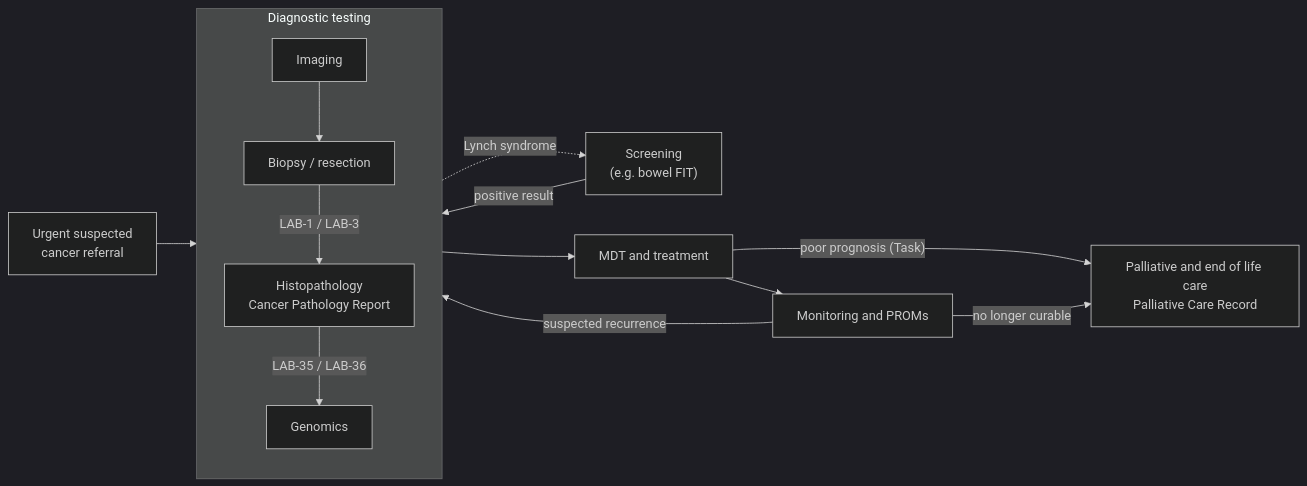
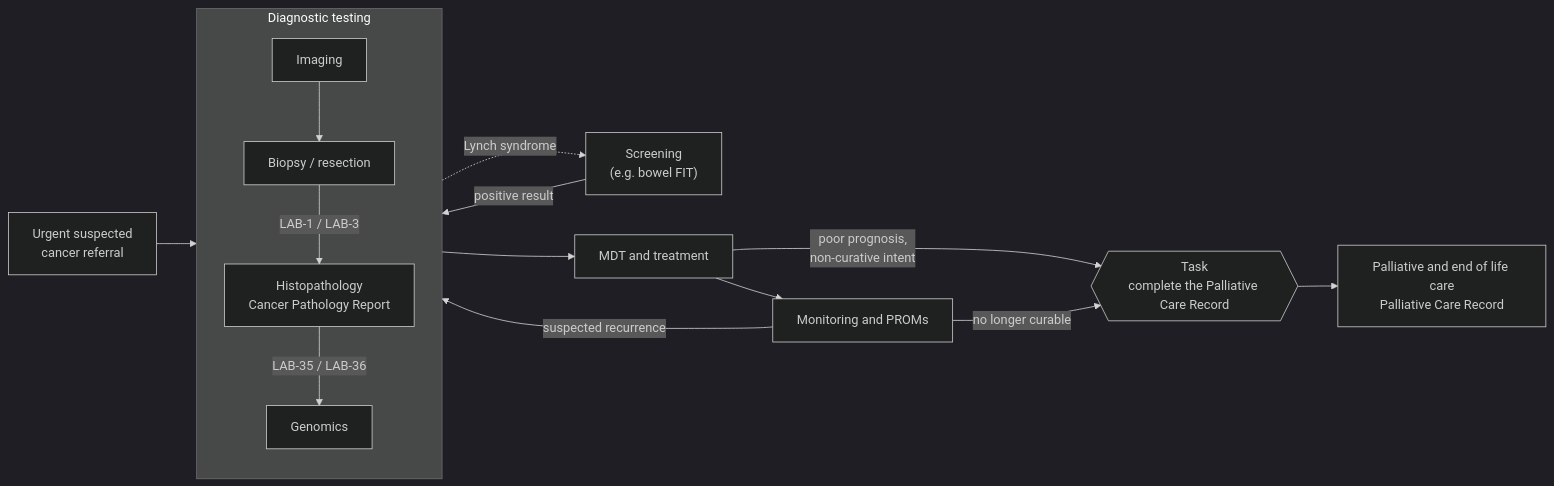
The diagram in input/pagecontent/CareProcesses.md (KevinMayfield/CancerPathologyReport), drawn with Mermaid (dark theme) before and after one commit. The commit also changed 1 other file, not shown here.

Commit message:
Care Processes: palliative care Task on the diagram; Cancer Pathway: OMOP research use

````diff
--- a/input/pagecontent/CareProcesses.md
+++ b/input/pagecontent/CareProcesses.md
@@ -17,17 +17,18 @@
 ```mermaid
 flowchart LR
     SCR["Screening<br/>(e.g. bowel FIT)"] -- "positive result" --> DX
     REF["Urgent suspected<br/>cancer referral"] --> DX
     subgraph DX["Diagnostic testing"]
         direction TB
         IMG["Imaging"] --> BX["Biopsy / resection"]
         BX -- "LAB-1 / LAB-3" --> PATH["Histopathology<br/>Cancer Pathology Report"]
         PATH -- "LAB-35 / LAB-36" --> GEN["Genomics"]
     end
     DX --> MDT["MDT and treatment"]
     MDT --> MON["Monitoring and PROMs"]
     MON -- "suspected recurrence" --> DX
-    MDT -- "poor prognosis (Task)" --> EOL["Palliative and end of life care<br/>Palliative Care Record"]
-    MON -- "no longer curable" --> EOL
+    MDT -- "poor prognosis,<br/>non-curative intent" --> TASK{{"Task<br/>complete the Palliative Care Record"}}
+    MON -- "no longer curable" --> TASK
+    TASK --> EOL["Palliative and end of life care<br/>Palliative Care Record"]
     GEN -. "Lynch syndrome" .-> SCR
 ```
````
